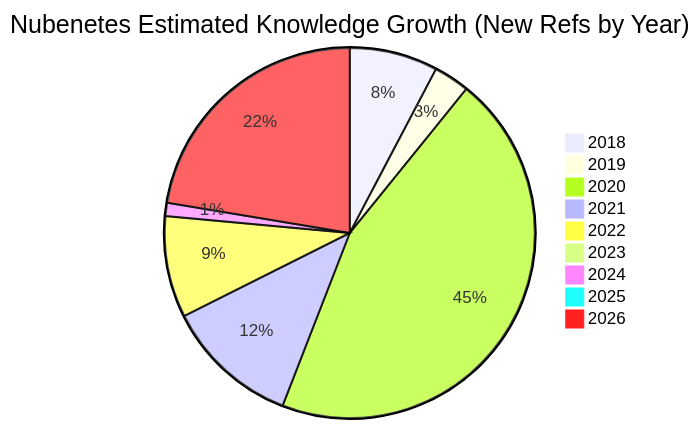
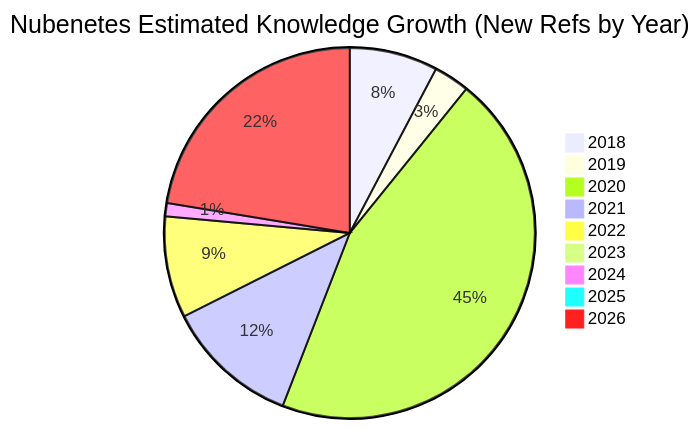
The second of 12 diagrams in README.md (nubenetes/awesome-kubernetes), drawn with Mermaid before and after one commit. The commit also changed other lines of this file, not shown here.

````diff
--- a/README.md
+++ b/README.md
@@ -183,12 +183,12 @@
 ```mermaid
 pie title Nubenetes Estimated Knowledge Growth (New Refs by Year)
     "2018" : 1445
     "2019" : 586
     "2020" : 8449
     "2021" : 2193
     "2022" : 1660
     "2023" : 123
     "2024" : 218
     "2025" : 20
-    "2026" : 4196
+    "2026" : 4200
 ```
````
